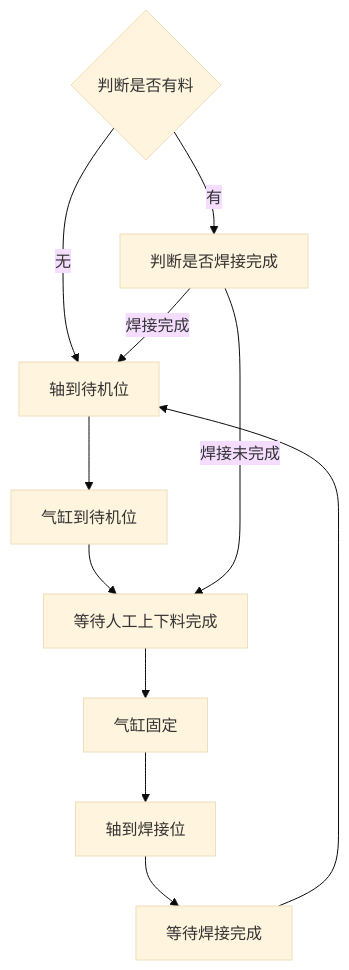
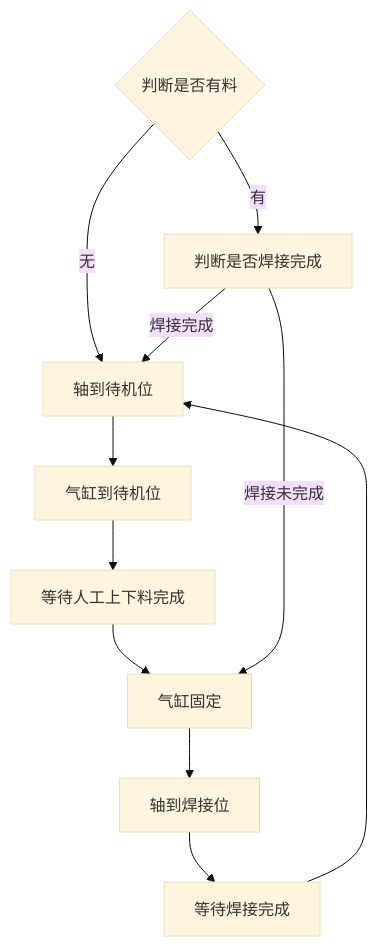
The diagram in all/OP10 上料工位自动流程.md (PengKun1/iodraw-files), drawn with Mermaid (base theme) before and after one commit.

Commit message:
2024-08-02 11:05:06 update

````diff
--- a/all/OP10 上料工位自动流程.md
+++ b/all/OP10 上料工位自动流程.md
@@ -1,14 +1,14 @@
 ```mermaid
 graph TD
 10{判断是否有料}-->|无|20
 10-->|有|900
 20[轴到待机位]-->30
 30[气缸到待机位]-->40
 40[等待人工上下料完成]-->50
 50[气缸固定]-->60
 60[轴到焊接位]-->70
 70[等待焊接完成]-->20
 
 900[判断是否焊接完成]-->| 焊接完成|20
-900-->|焊接未完成|40
+900-->|焊接未完成|50
 ```
````
